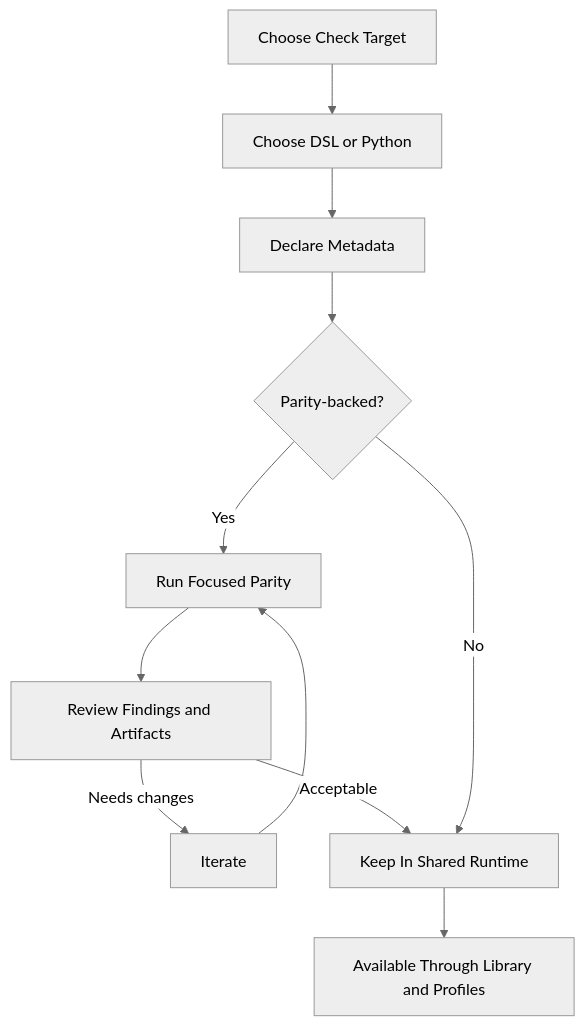
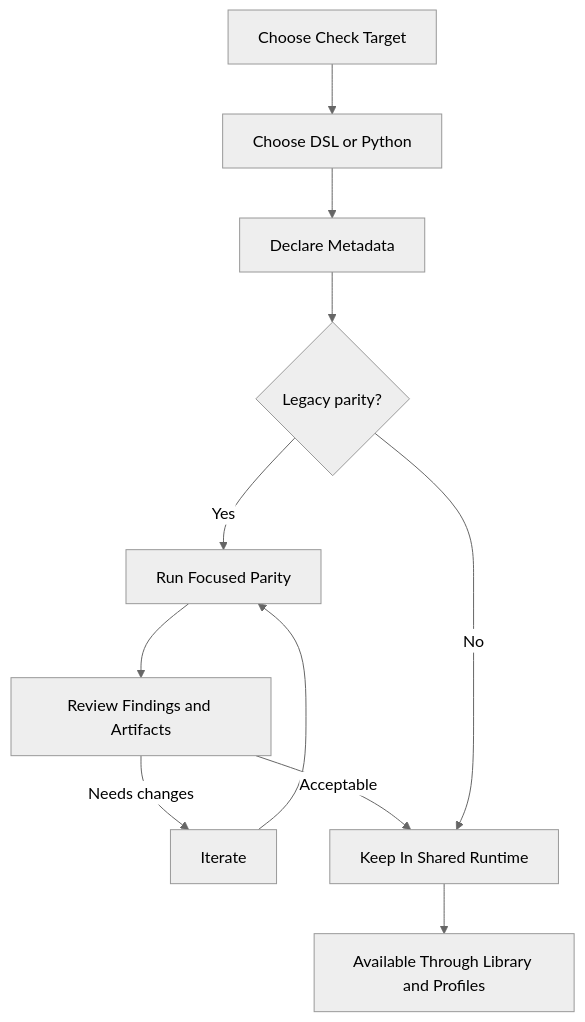
Before and after one commit to bobcorn/openfoodfacts-data-quality: the diagram in docs/guides/authoring-checks.md, drawn with Mermaid (neutral theme). The commit also changed other lines of this file and 24 other files, not shown here.

````diff
--- a/docs/guides/authoring-checks.md
+++ b/docs/guides/authoring-checks.md
@@ -9,21 +9,21 @@
 ```mermaid
 flowchart TB
     A["Choose Check Target"]
     B["Choose DSL or Python"]
     C["Declare Metadata"]
-    D{"Parity-backed?"}
+    D{"Legacy parity?"}
     E["Run Focused Parity"]
     F["Review Findings and Artifacts"]
     G["Iterate"]
     H["Keep In Shared Runtime"]
     I["Available Through Library and Profiles"]
 
     A --> B --> C --> D
     D -->|"Yes"| E
     E --> F
     F -->|"Needs changes"| G
     G --> E
     F -->|"Acceptable"| H
     D -->|"No"| H
     H --> I
 ```
````
